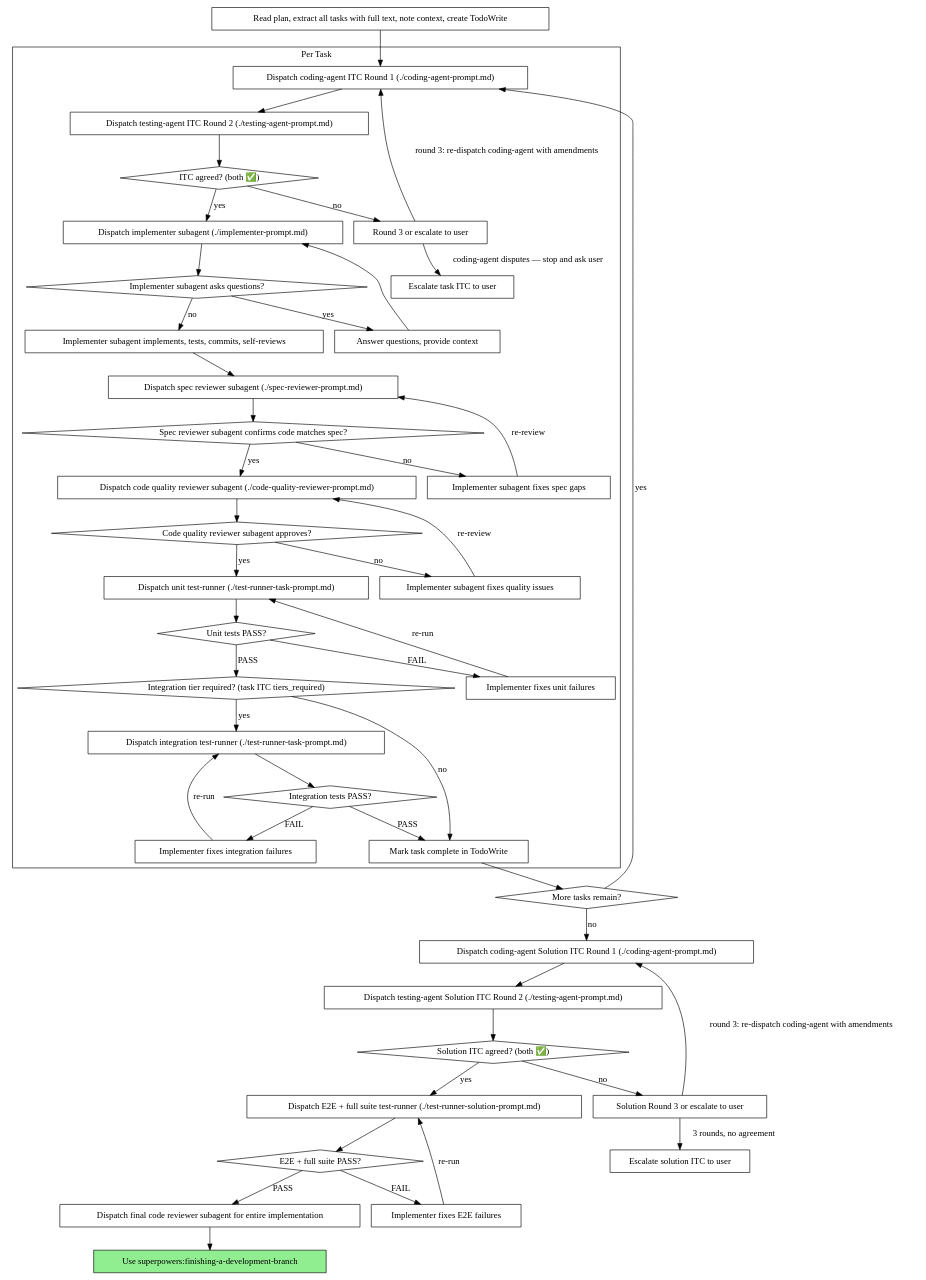
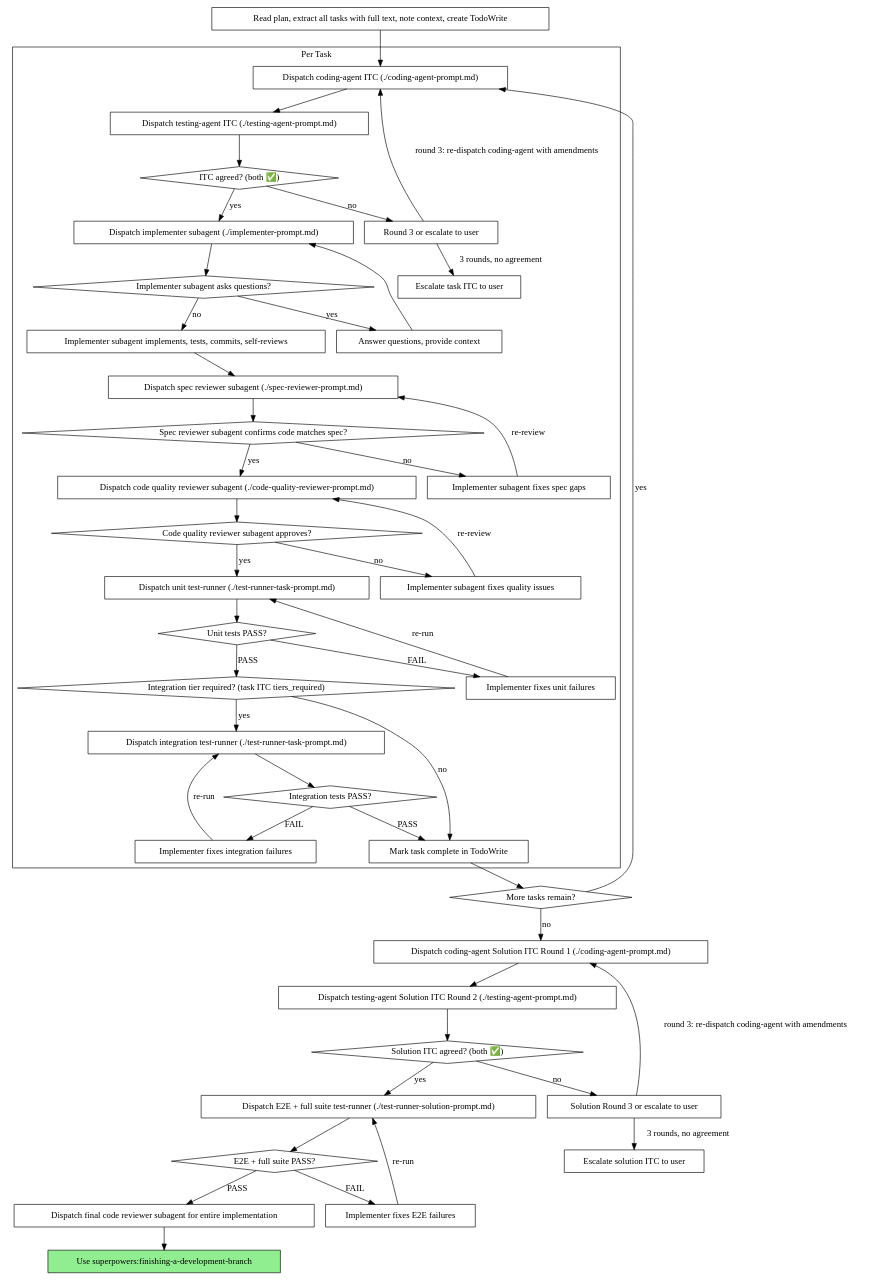
Before and after one commit to truongnn-ai/superpowers-dev: the second of 2 diagrams in skills/subagent-driven-development/SKILL.md, drawn with Graphviz. The commit also changed 2 other files, not shown here.

Commit message:
fix: add solution ITC YAML format to negotiation prompts, fix escalation label symmetry, clarify flowchart node names

```diff
--- a/skills/subagent-driven-development/SKILL.md
+++ b/skills/subagent-driven-development/SKILL.md
@@ -47,8 +47,8 @@
 
     subgraph cluster_per_task {
         label="Per Task";
-        "Dispatch coding-agent ITC Round 1 (./coding-agent-prompt.md)" [shape=box];
-        "Dispatch testing-agent ITC Round 2 (./testing-agent-prompt.md)" [shape=box];
+        "Dispatch coding-agent ITC (./coding-agent-prompt.md)" [shape=box];
+        "Dispatch testing-agent ITC (./testing-agent-prompt.md)" [shape=box];
         "ITC agreed? (both ✅)" [shape=diamond];
         "Round 3 or escalate to user" [shape=box];
         "Escalate task ITC to user" [shape=box];
@@ -85,13 +85,13 @@
     "Dispatch final code reviewer subagent for entire implementation" [shape=box];
     "Use superpowers:finishing-a-development-branch" [shape=box style=filled fillcolor=lightgreen];
 
-    "Read plan, extract all tasks with full text, note context, create TodoWrite" -> "Dispatch coding-agent ITC Round 1 (./coding-agent-prompt.md)";
-    "Dispatch coding-agent ITC Round 1 (./coding-agent-prompt.md)" -> "Dispatch testing-agent ITC Round 2 (./testing-agent-prompt.md)";
-    "Dispatch testing-agent ITC Round 2 (./testing-agent-prompt.md)" -> "ITC agreed? (both ✅)";
+    "Read plan, extract all tasks with full text, note context, create TodoWrite" -> "Dispatch coding-agent ITC (./coding-agent-prompt.md)";
+    "Dispatch coding-agent ITC (./coding-agent-prompt.md)" -> "Dispatch testing-agent ITC (./testing-agent-prompt.md)";
+    "Dispatch testing-agent ITC (./testing-agent-prompt.md)" -> "ITC agreed? (both ✅)";
     "ITC agreed? (both ✅)" -> "Dispatch implementer subagent (./implementer-prompt.md)" [label="yes"];
     "ITC agreed? (both ✅)" -> "Round 3 or escalate to user" [label="no"];
-    "Round 3 or escalate to user" -> "Dispatch coding-agent ITC Round 1 (./coding-agent-prompt.md)" [label="round 3: re-dispatch coding-agent with amendments"];
-    "Round 3 or escalate to user" -> "Escalate task ITC to user" [label="coding-agent disputes — stop and ask user"];
+    "Round 3 or escalate to user" -> "Dispatch coding-agent ITC (./coding-agent-prompt.md)" [label="round 3: re-dispatch coding-agent with amendments"];
+    "Round 3 or escalate to user" -> "Escalate task ITC to user" [label="3 rounds, no agreement"];
     "Dispatch implementer subagent (./implementer-prompt.md)" -> "Implementer subagent asks questions?";
     "Implementer subagent asks questions?" -> "Answer questions, provide context" [label="yes"];
     "Answer questions, provide context" -> "Dispatch implementer subagent (./implementer-prompt.md)";
@@ -116,7 +116,7 @@
     "Integration tests PASS?" -> "Mark task complete in TodoWrite" [label="PASS"];
     "Integration tier required? (task ITC tiers_required)" -> "Mark task complete in TodoWrite" [label="no"];
     "Mark task complete in TodoWrite" -> "More tasks remain?";
-    "More tasks remain?" -> "Dispatch coding-agent ITC Round 1 (./coding-agent-prompt.md)" [label="yes"];
+    "More tasks remain?" -> "Dispatch coding-agent ITC (./coding-agent-prompt.md)" [label="yes"];
     "More tasks remain?" -> "Dispatch coding-agent Solution ITC Round 1 (./coding-agent-prompt.md)" [label="no"];
     "Dispatch coding-agent Solution ITC Round 1 (./coding-agent-prompt.md)" -> "Dispatch testing-agent Solution ITC Round 2 (./testing-agent-prompt.md)";
     "Dispatch testing-agent Solution ITC Round 2 (./testing-agent-prompt.md)" -> "Solution ITC agreed? (both ✅)";
```
